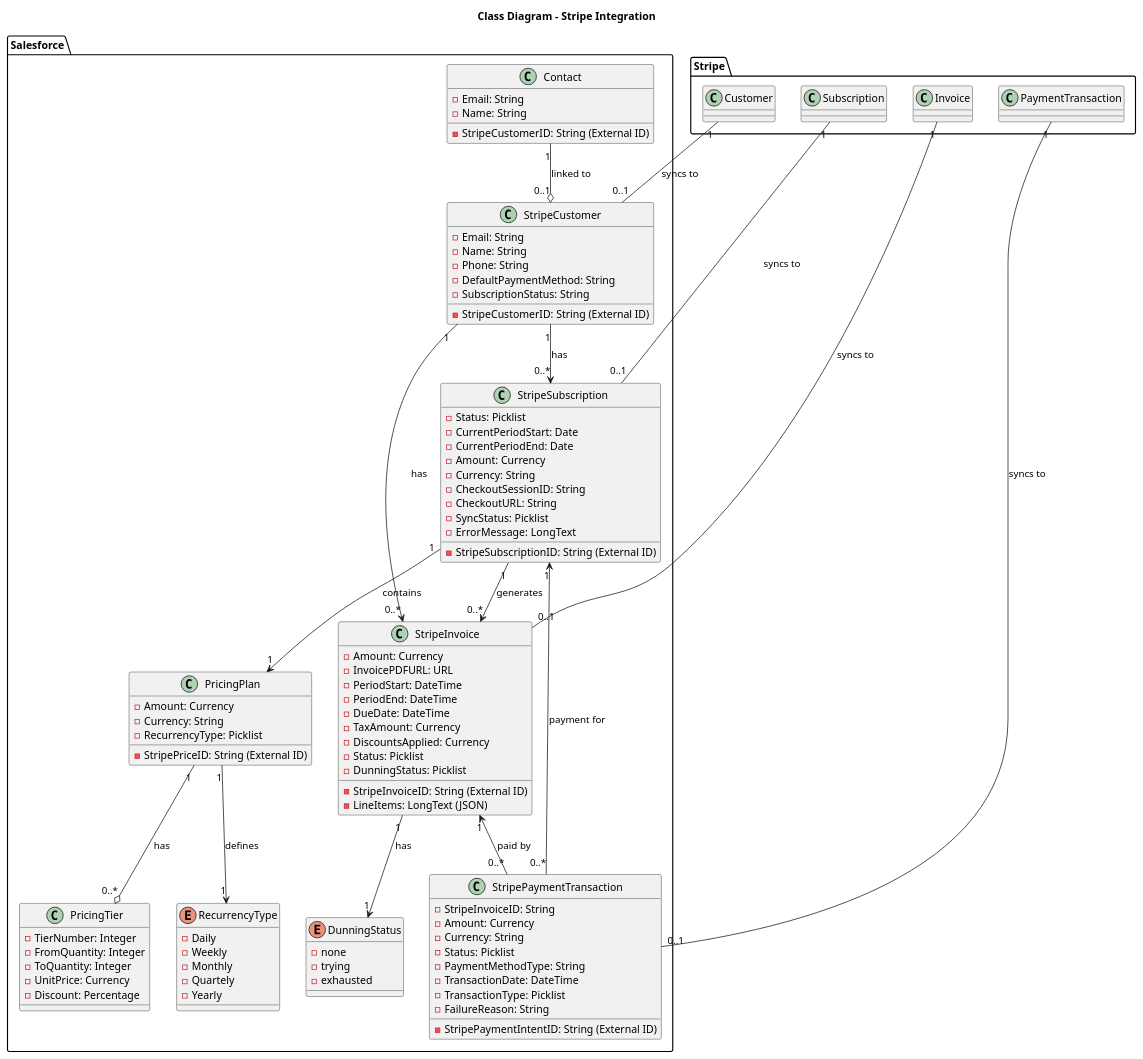
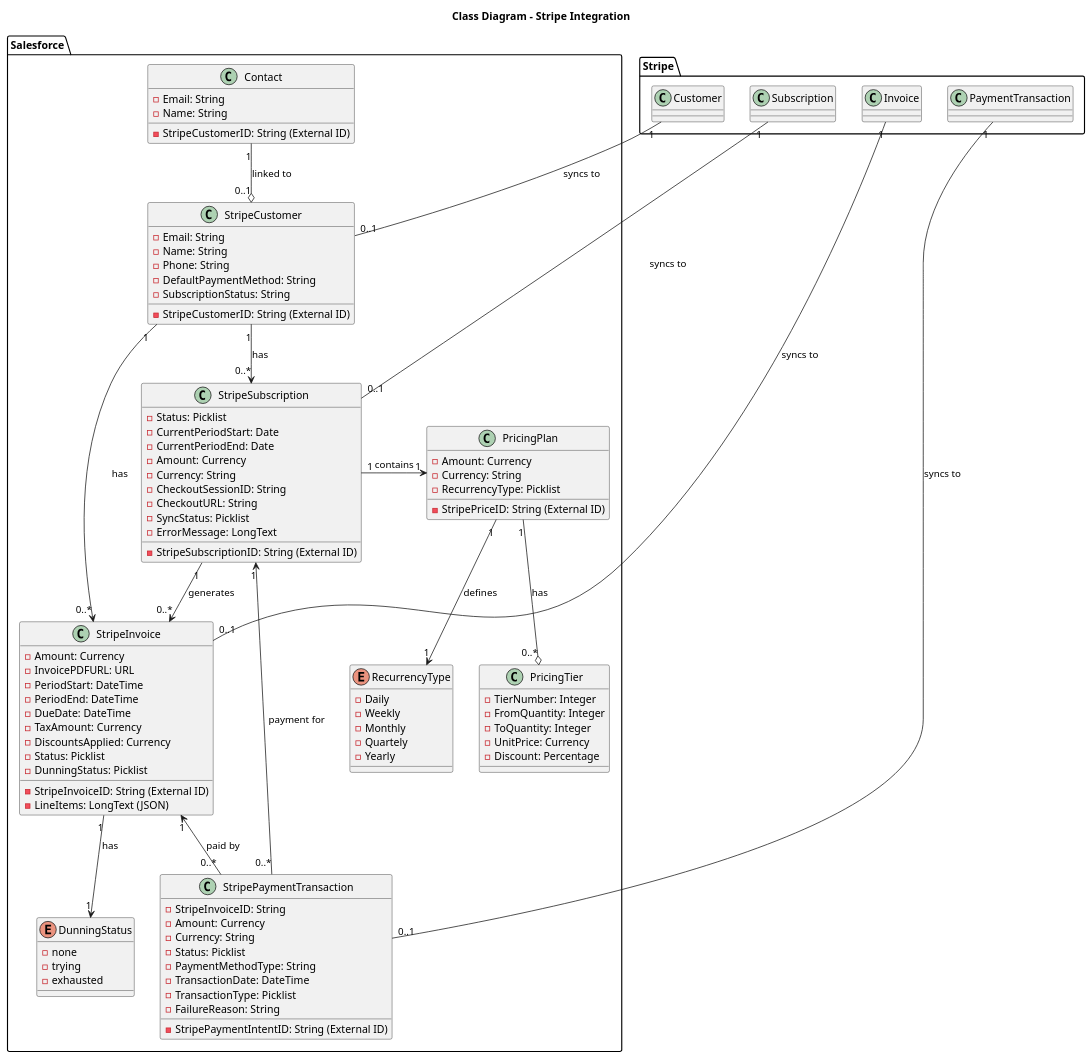
Before and after one commit to Cloud-Code-Academy/salesforce-stripe-payment-processing-mtb: the diagram in diagrams/dataModel.puml, drawn with PlantUML.

Commit message:
update: data model diagram

```diff
--- a/diagrams/dataModel.puml
+++ b/diagrams/dataModel.puml
@@ -1,105 +1,105 @@
 @startuml Class Diagram
 
 title Class Diagram - Stripe Integration
 
 package Stripe{
     class Customer
     class Subscription
     class Invoice
     class PaymentTransaction
 }
 
 package Salesforce {
     class Contact {
         - Email: String
         - Name: String
         - StripeCustomerID: String (External ID)
     }
     class StripeCustomer {
         - StripeCustomerID: String (External ID)
         - Email: String
         - Name: String
         - Phone: String
         - DefaultPaymentMethod: String
         - SubscriptionStatus: String
     }
     class StripeSubscription {
         - StripeSubscriptionID: String (External ID)
         - Status: Picklist
         - CurrentPeriodStart: Date
         - CurrentPeriodEnd: Date
         - Amount: Currency
         - Currency: String
         - CheckoutSessionID: String
         - CheckoutURL: String
         - SyncStatus: Picklist
         - ErrorMessage: LongText
     }
     class StripeInvoice {
         - StripeInvoiceID: String (External ID)
         - Amount: Currency
         - LineItems: LongText (JSON)
         - InvoicePDFURL: URL
         - PeriodStart: DateTime
         - PeriodEnd: DateTime
         - DueDate: DateTime
         - TaxAmount: Currency
         - DiscountsApplied: Currency
         - Status: Picklist
         - DunningStatus: Picklist
     }
     class StripePaymentTransaction {
         - StripePaymentIntentID: String (External ID)
         - StripeInvoiceID: String
         - Amount: Currency
         - Currency: String
         - Status: Picklist
         - PaymentMethodType: String
         - TransactionDate: DateTime
         - TransactionType: Picklist
         - FailureReason: String
     }
     enum DunningStatus {
         - none
         - trying
         - exhausted
     }
     class PricingPlan {
         - StripePriceID: String (External ID)
         - Amount: Currency
         - Currency: String
         - RecurrencyType: Picklist
     }
     enum RecurrencyType {
         - Daily
         - Weekly
         - Monthly
         - Quartely
         - Yearly
     }
     class PricingTier {
         - TierNumber: Integer
         - FromQuantity: Integer
         - ToQuantity: Integer
         - UnitPrice: Currency
         - Discount: Percentage
     }
 }
 
 Customer "1" -- "0..1" StripeCustomer : syncs to
 Subscription "1" -- "0..1" StripeSubscription : syncs to
 Invoice "1" -- "0..1" StripeInvoice : syncs to
 PaymentTransaction "1" -- "0..1" StripePaymentTransaction : syncs to
 
 Contact "1" --o "0..1" StripeCustomer : linked to
 StripeCustomer "1" --> "0..*" StripeSubscription : has
 StripeCustomer "1" --> "0..*" StripeInvoice : has
-StripeSubscription "1" --> "1" PricingPlan : contains
+StripeSubscription "1" -l-> "1" PricingPlan : contains
 StripeSubscription "1" --> "0..*" StripeInvoice : generates
 StripeSubscription "1" <-- "0..*" StripePaymentTransaction : payment for
 StripeInvoice "1" --> "1" DunningStatus : has
 StripeInvoice "1" <-- "0..*" StripePaymentTransaction : paid by
 PricingPlan "1" --> "1" RecurrencyType : defines
 PricingPlan "1" --o "0..*" PricingTier : has
 
 @enduml
```
